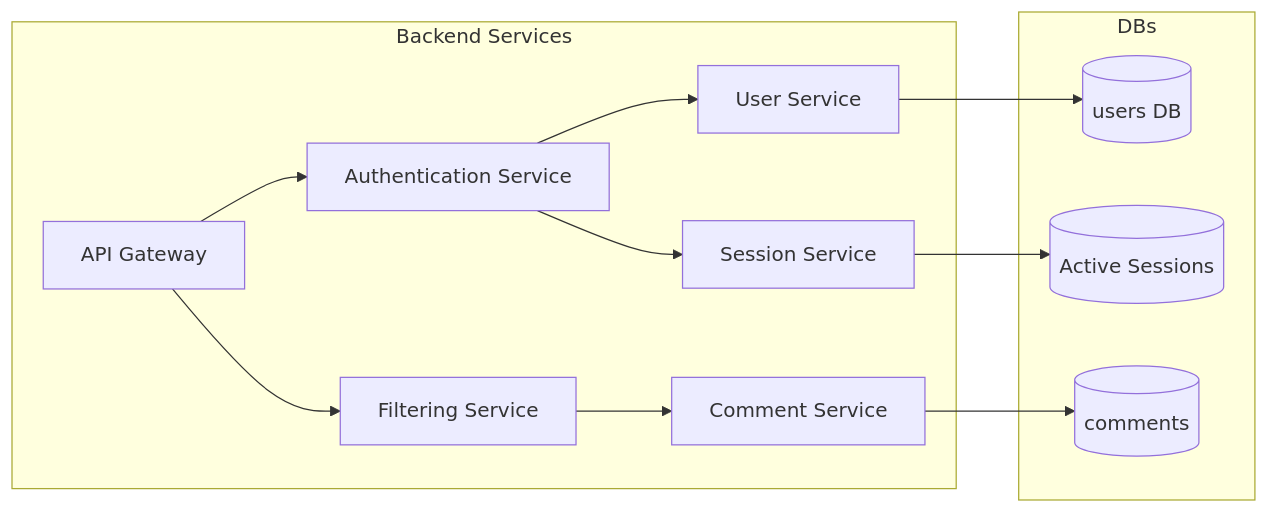
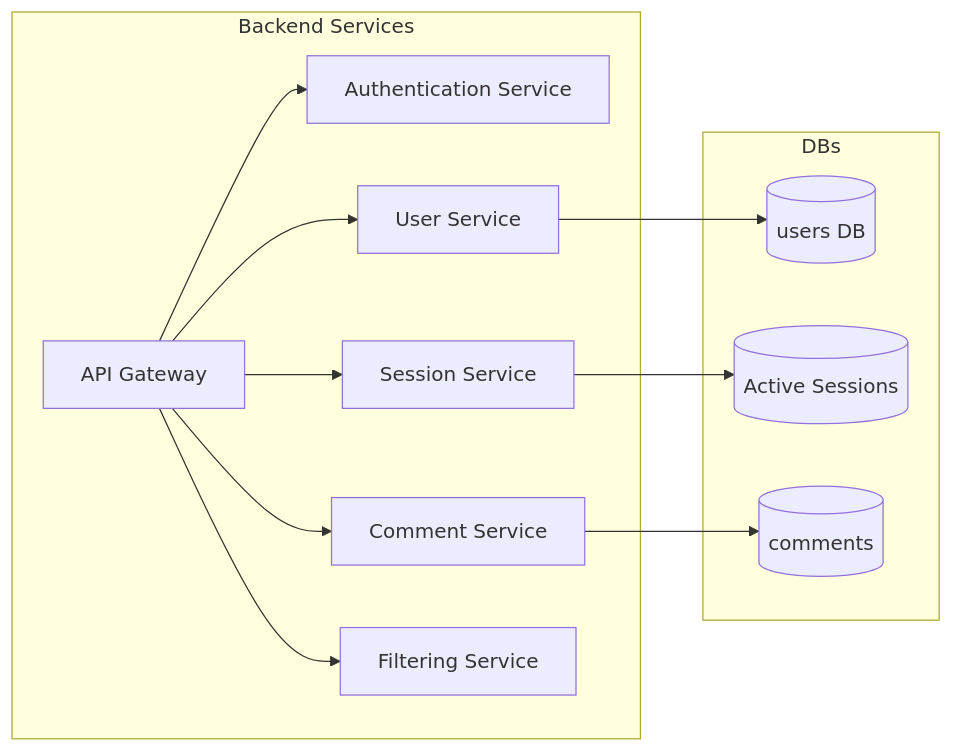
One commit to LKBotond/VoxPopuli changed the third of 5 diagrams in Architecture.md. Above: the diagram before and after it, drawn with Mermaid. The commit also changed other lines of this file and 89 other files, not shown here.

````diff
--- a/Architecture.md
+++ b/Architecture.md
@@ -32,28 +37,28 @@
 ```mermaid
 flowchart LR
 
     subgraph Backend Services
         Gateway[API Gateway]
         Auth[Authentication Service]
         User[User Service]
         Session[Session Service]
         Comment[Comment Service]
         Filter[Filtering Service]
     end
 
     subgraph DBs
         userDB[(users DB)]
         session[(Active Sessions)]
         comment[(comments)]
     end
 
 Gateway-->Auth
-Auth-->User
-Auth-->Session
+Gateway-->User
+Gateway-->Session
 Gateway-->Filter
-Filter-->Comment
+Gateway-->Comment
 
 User-->userDB
 Session-->session
 Comment-->comment
 ```
````
